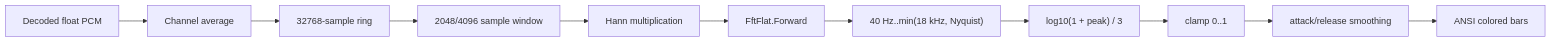
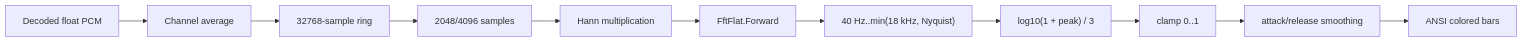
The third of 3 diagrams in docs/ARCHITECTURE.md (Geckon01/YACPlayer), drawn with Mermaid before and after one commit. The commit also changed other lines of this file and 8 other files, not shown here.

````diff
--- a/docs/ARCHITECTURE.md
+++ b/docs/ARCHITECTURE.md
@@ -294,13 +246,13 @@
 ```mermaid
 flowchart LR
     PCM["Decoded float PCM"] --> Mono["Channel average"]
     Mono --> Ring["32768-sample ring"]
-    Ring --> Window["2048/4096 sample window"]
+    Ring --> Window["2048/4096 samples"]
     Window --> Hann["Hann multiplication"]
     Hann --> FFT["FftFlat.Forward"]
     FFT --> Bands["40 Hz..min(18 kHz, Nyquist)"]
     Bands --> Log["log10(1 + peak) / 3"]
     Log --> Clamp["clamp 0..1"]
     Clamp --> Smooth["attack/release smoothing"]
     Smooth --> Bars["ANSI colored bars"]
 ```
````
